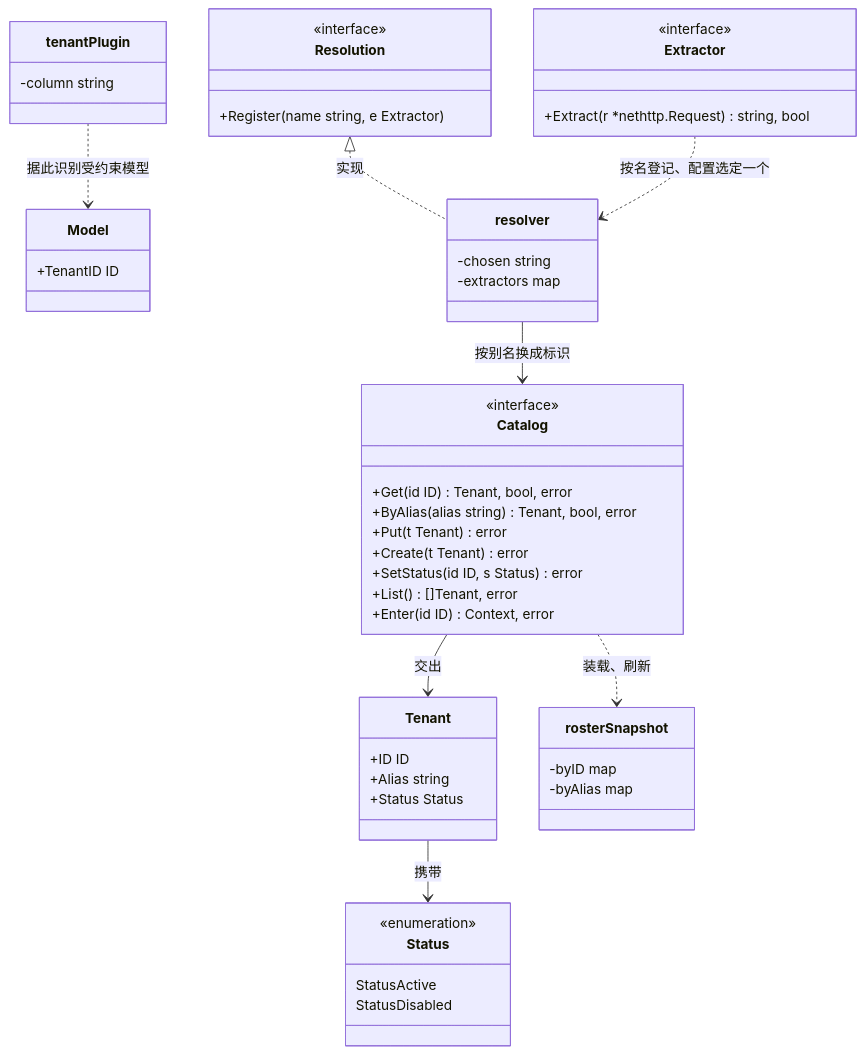
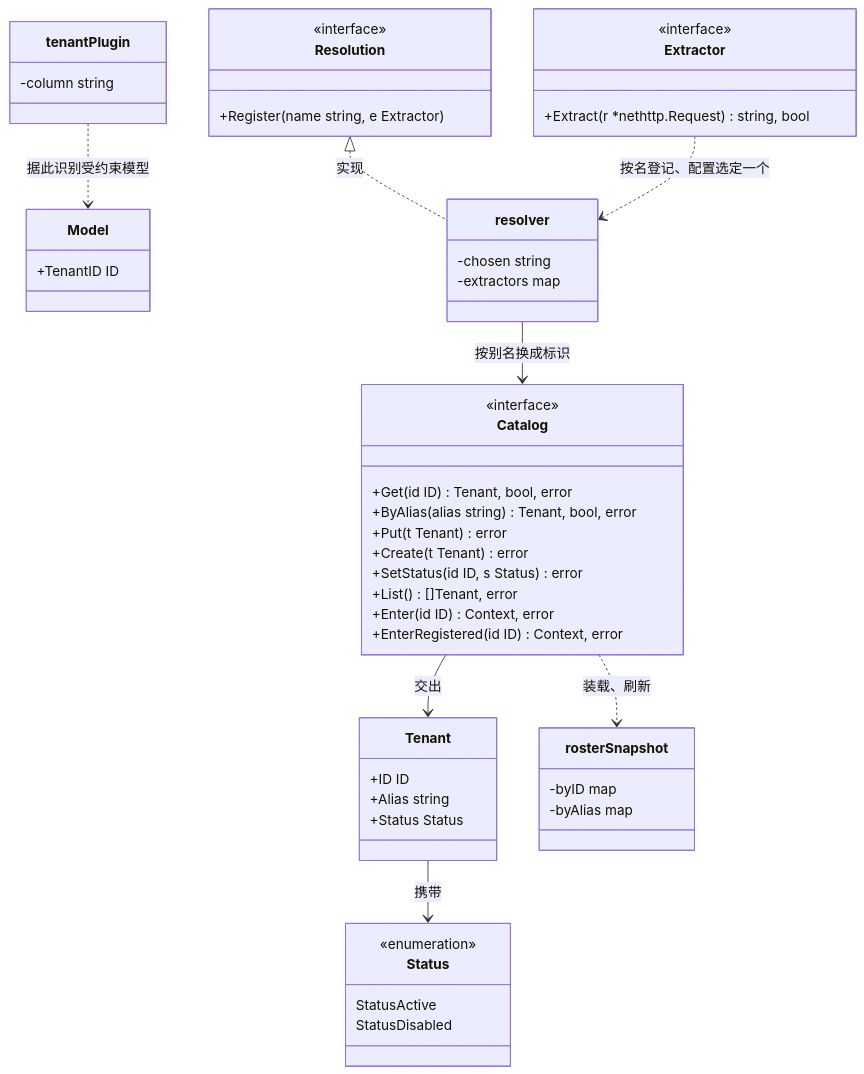
One commit to wangzw/speed changed the first of 4 diagrams in docs/design/modules/design-tenant.md. Above: the diagram before and after it, drawn with Mermaid. The commit also changed other lines of this file and 12 other files, not shown here.

````diff
--- a/docs/design/modules/design-tenant.md
+++ b/docs/design/modules/design-tenant.md
@@ -310,52 +315,53 @@
 ```mermaid
 classDiagram
     class Resolution {
         <<interface>>
         +Register(name string, e Extractor)
     }
     class Catalog {
         <<interface>>
         +Get(id ID) Tenant, bool, error
         +ByAlias(alias string) Tenant, bool, error
         +Put(t Tenant) error
         +Create(t Tenant) error
         +SetStatus(id ID, s Status) error
         +List() []Tenant, error
         +Enter(id ID) Context, error
+        +EnterRegistered(id ID) Context, error
     }
     class Extractor {
         <<interface>>
         +Extract(r *nethttp.Request) string, bool
     }
     class Tenant {
         +ID ID
         +Alias string
         +Status Status
     }
     class Status {
         <<enumeration>>
         StatusActive
         StatusDisabled
     }
     class Model {
         +TenantID ID
     }
     class rosterSnapshot {
         -byID map
         -byAlias map
     }
     class resolver {
         -chosen string
         -extractors map
     }
     class tenantPlugin {
         -column string
     }
     Resolution <|.. resolver : 实现
     Extractor ..> resolver : 按名登记、配置选定一个
     resolver --> Catalog : 按别名换成标识
     Catalog --> Tenant : 交出
     Tenant --> Status : 携带
     Catalog ..> rosterSnapshot : 装载、刷新
     tenantPlugin ..> Model : 据此识别受约束模型
 ```
````
